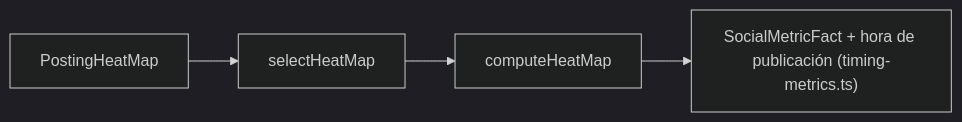
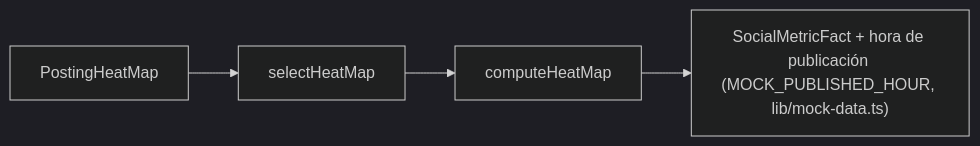
Before and after one commit to Torres9429/Bananagram: the seventh of 8 diagrams in docs/frontend-functional-documentation.md, drawn with Mermaid (dark theme). The commit also changed other lines of this file, not shown here.

````diff
--- a/docs/frontend-functional-documentation.md
+++ b/docs/frontend-functional-documentation.md
@@ -504,6 +504,6 @@
 ```mermaid
 flowchart LR
     UI3["PostingHeatMap"] --> Selector3["selectHeatMap"]
     Selector3 --> Engine3["computeHeatMap"]
-    Engine3 --> Facts3["SocialMetricFact + hora de publicación (timing-metrics.ts)"]
+    Engine3 --> Facts3["SocialMetricFact + hora de publicación (MOCK_PUBLISHED_HOUR, lib/mock-data.ts)"]
 ```
````
